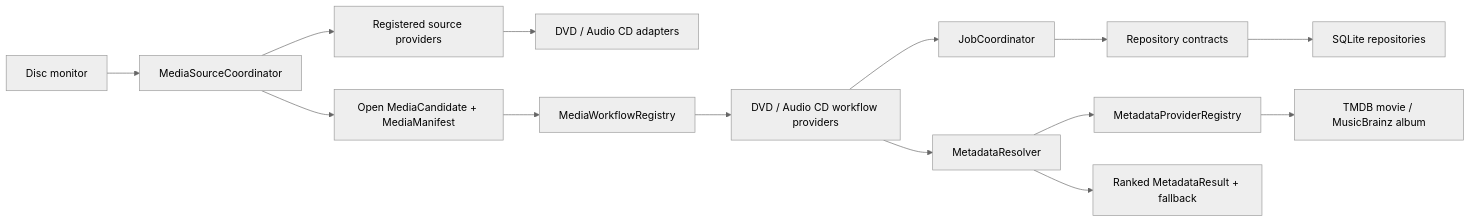
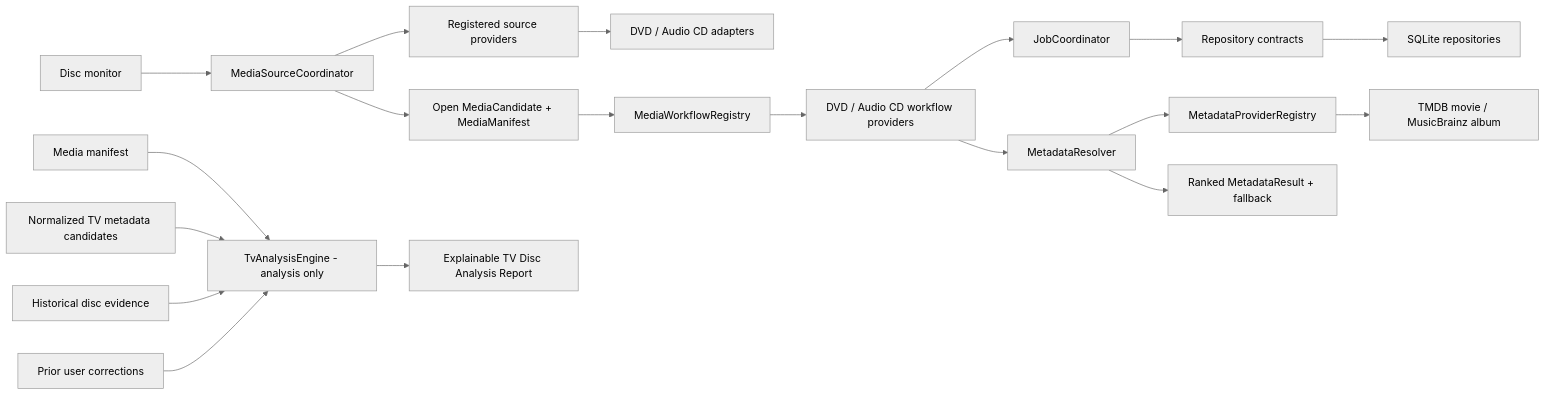
The diagram in docs/V2-ARCHITECTURE.md (nick709r/DVDTOJELLYFIN), drawn with Mermaid (neutral theme) before and after one commit. The commit also changed other lines of this file and 6 other files, not shown here.

First line of the commit message:
feat: add TV disc analysis engine

````diff
--- a/docs/V2-ARCHITECTURE.md
+++ b/docs/V2-ARCHITECTURE.md
@@ -21,16 +25,25 @@
 ```mermaid
 flowchart LR
   Monitor[Disc monitor] --> SourceCoordinator[MediaSourceCoordinator]
   SourceCoordinator --> SourceRegistry[Registered source providers]
   SourceRegistry --> Sources[DVD / Audio CD adapters]
   SourceCoordinator --> Candidate[Open MediaCandidate + MediaManifest]
   Candidate --> WorkflowRegistry[MediaWorkflowRegistry]
   WorkflowRegistry --> Workflows[DVD / Audio CD workflow providers]
   Workflows --> JobCoordinator[JobCoordinator]
   JobCoordinator --> RepositoryPorts[Repository contracts]
   RepositoryPorts --> SqliteAdapters[SQLite repositories]
   Workflows --> MetadataResolver[MetadataResolver]
   MetadataResolver --> MetadataRegistry[MetadataProviderRegistry]
   MetadataRegistry --> MetadataProviders[TMDB movie / MusicBrainz album]
   MetadataResolver --> Ranked[Ranked MetadataResult + fallback]
+  Manifest[Media manifest]
+  Metadata[Normalized TV metadata candidates]
+  History[Historical disc evidence]
+  Corrections[Prior user corrections]
+  Manifest --> TvAnalysis[TvAnalysisEngine - analysis only]
+  Metadata --> TvAnalysis
+  History --> TvAnalysis
+  Corrections --> TvAnalysis
+  TvAnalysis --> TvReport[Explainable TV Disc Analysis Report]
 ```
````
